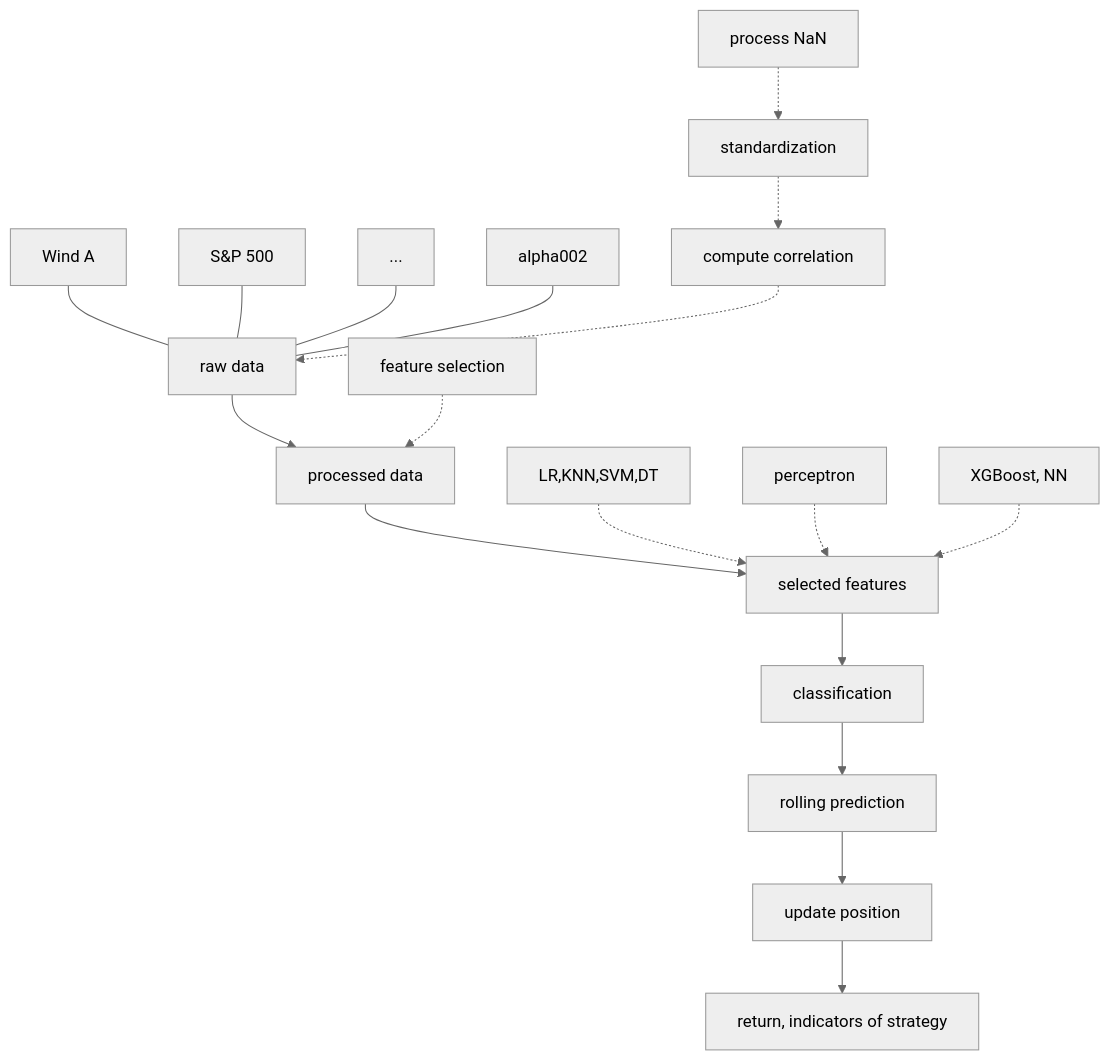
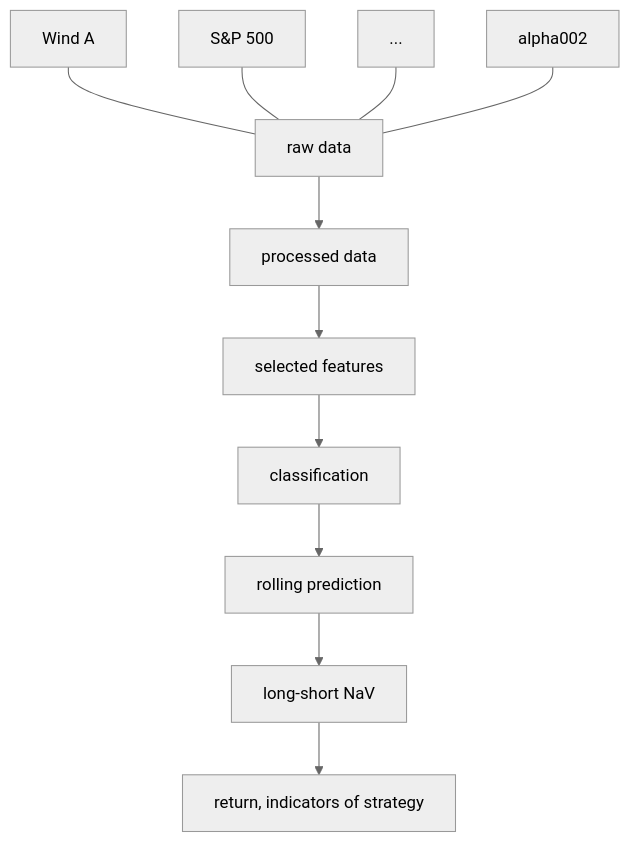
The diagram in README.md (eiahb3838ya/PHBS_ML_for_quant_project), drawn with Mermaid (neutral theme) before and after one commit. The commit also changed other lines of this file and 2 other files, not shown here.

Commit message:
update of readme

````diff
--- a/README.md
+++ b/README.md
@@ -26,20 +26,13 @@
 ```mermaid
 graph TB
 A1[Wind A]---A[raw data]
 A2[S&P 500]---A
 A3[...]---A
 A4[alpha002]---A
 A-->B[processed data]
-B1[process NaN]-.->B2
-B2[standardization]-.->B3
-B3[compute correlation]-.->A
 B-->C[selected features]
-C1[feature selection]-.->B
 C-->D[classification]
-D1[LR,KNN,SVM,DT]-.->C
-D2[perceptron]-.->C
-D3[XGBoost, NN]-.->C
 D-->E[rolling prediction]
-E-->F[update position]
+E-->F[long-short NaV]
 F-->G[return, indicators of strategy]
 ```
````
